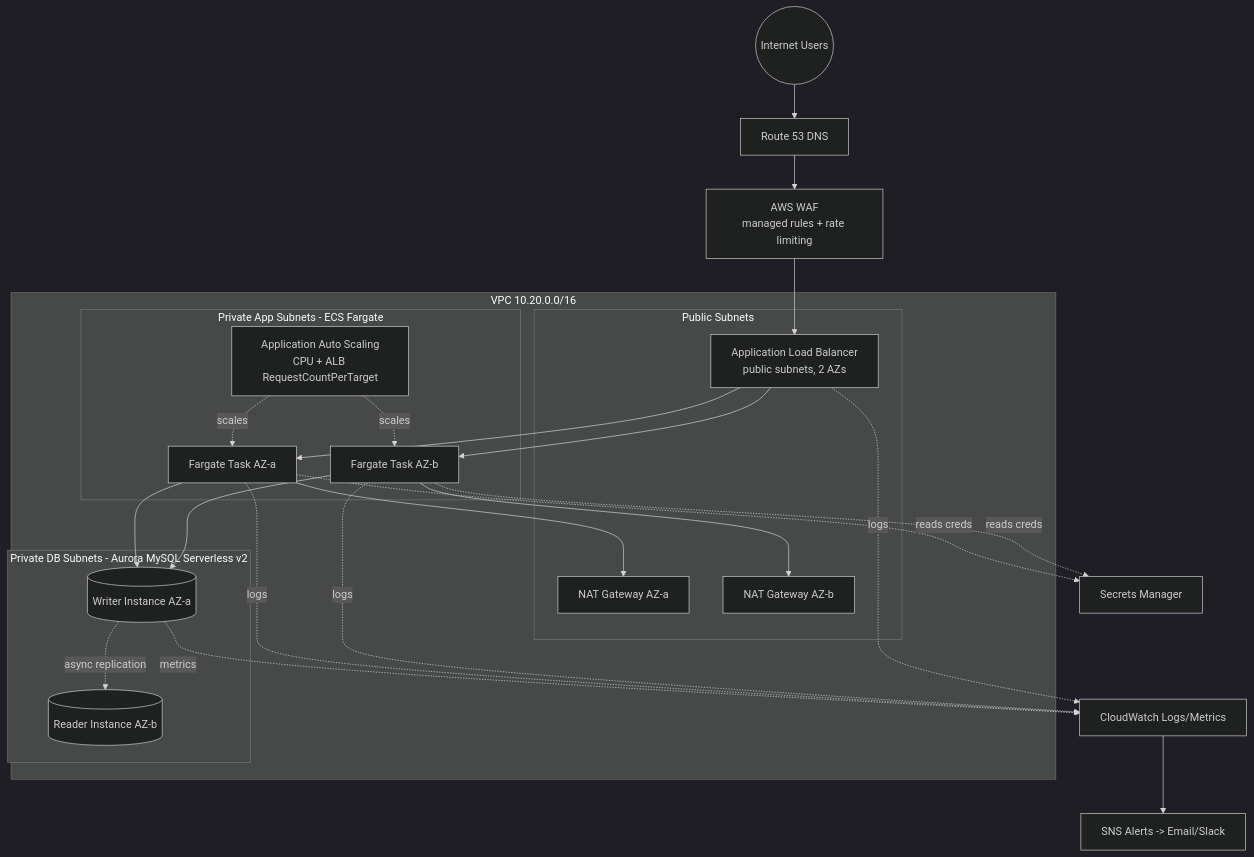
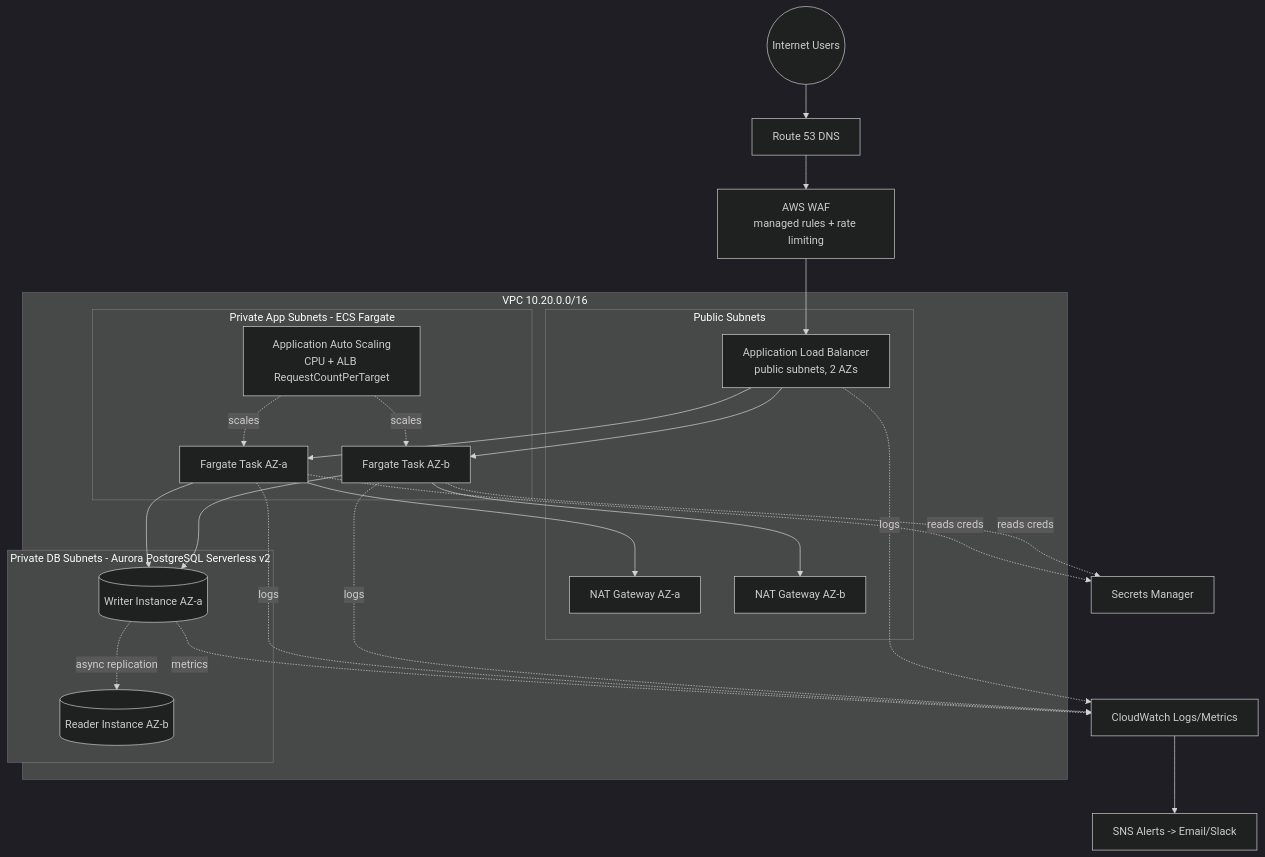
Before and after one commit to Priyankgulhane27/BluePeak: the diagram in docs/diagram.md, drawn with Mermaid (dark theme). The commit also changed other lines of this file and 13 other files, not shown here.

Commit message:
Switch to Aurora PostgreSQL for AWS Free Plan compatibility also made modification in rds backup retention days as per free plan

````diff
--- a/docs/diagram.md
+++ b/docs/diagram.md
@@ -6,43 +6,43 @@
 ```mermaid
 flowchart TB
     Internet((Internet Users)) --> R53[Route 53 DNS]
     R53 --> WAF[AWS WAF<br/>managed rules + rate limiting]
     WAF --> ALB[Application Load Balancer<br/>public subnets, 2 AZs]
 
     subgraph VPC["VPC 10.20.0.0/16"]
         subgraph Public["Public Subnets"]
             ALB
             NAT1[NAT Gateway AZ-a]
             NAT2[NAT Gateway AZ-b]
         end
 
         subgraph AppTier["Private App Subnets - ECS Fargate"]
             ECS1[Fargate Task AZ-a]
             ECS2[Fargate Task AZ-b]
             AAS[Application Auto Scaling<br/>CPU + ALB RequestCountPerTarget]
         end
 
-        subgraph DataTier["Private DB Subnets - Aurora MySQL Serverless v2"]
+        subgraph DataTier["Private DB Subnets - Aurora PostgreSQL Serverless v2"]
             RDSW[(Writer Instance AZ-a)]
             RDSR[(Reader Instance AZ-b)]
         end
     end
 
     ALB --> ECS1
     ALB --> ECS2
     ECS1 --> NAT1
     ECS2 --> NAT2
     ECS1 --> RDSW
     ECS2 --> RDSW
     RDSW -.async replication.-> RDSR
     AAS -.scales.-> ECS1
     AAS -.scales.-> ECS2
 
     ECS1 -. reads creds .-> SM[Secrets Manager]
     ECS2 -. reads creds .-> SM
     ECS1 -. logs .-> CW[CloudWatch Logs/Metrics]
     ECS2 -. logs .-> CW
     ALB -. logs .-> CW
     RDSW -. metrics .-> CW
     CW --> SNS[SNS Alerts -> Email/Slack]
 ```
````
